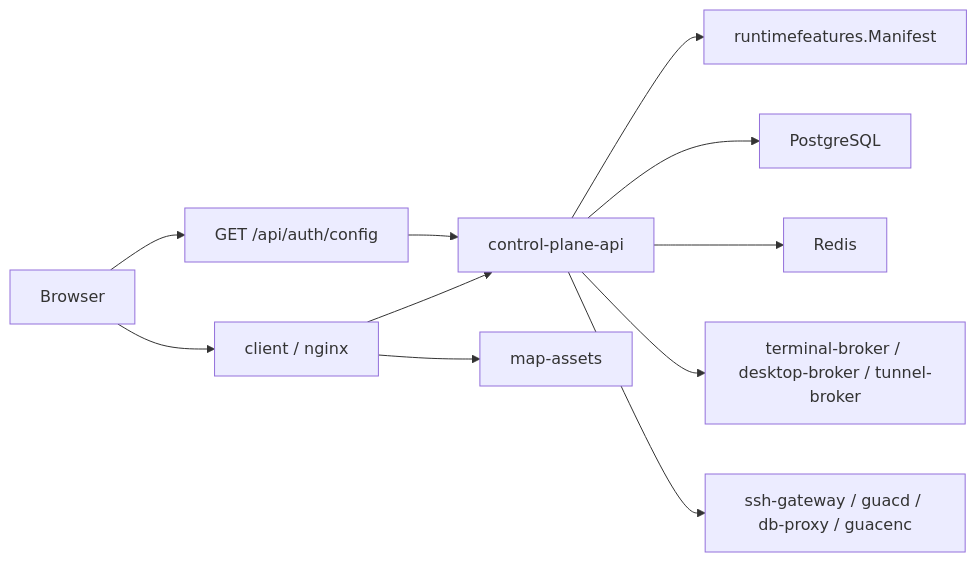
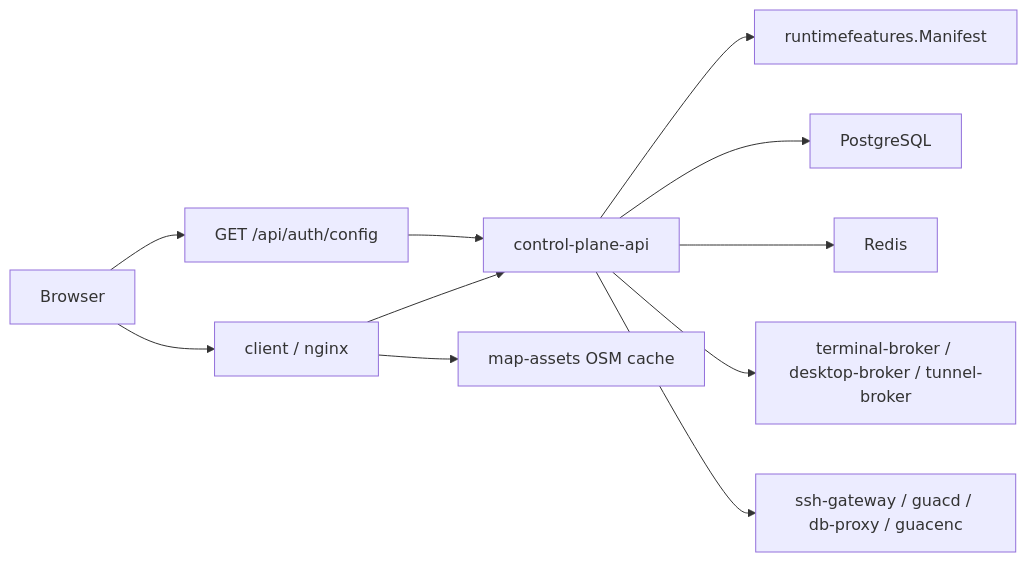
Before and after one commit to dnviti/arsenale: the diagram in docs/llm-context.md, drawn with Mermaid. The commit also changed 52 other files, not shown here.

````diff
--- a/docs/llm-context.md
+++ b/docs/llm-context.md
@@ -104,13 +104,13 @@
 ```mermaid
 flowchart LR
     Browser["Browser"] --> Client["client / nginx"]
     Browser --> PublicConfig["GET /api/auth/config"]
     Client --> API["control-plane-api"]
     PublicConfig --> API
     API --> Features["runtimefeatures.Manifest"]
     API --> Postgres["PostgreSQL"]
     API --> Redis["Redis"]
     API --> Brokers["terminal-broker / desktop-broker / tunnel-broker"]
-    Client --> MapAssets["map-assets"]
+    Client --> MapAssets["map-assets OSM cache"]
     API --> Gateways["ssh-gateway / guacd / db-proxy / guacenc"]
 ```
````
